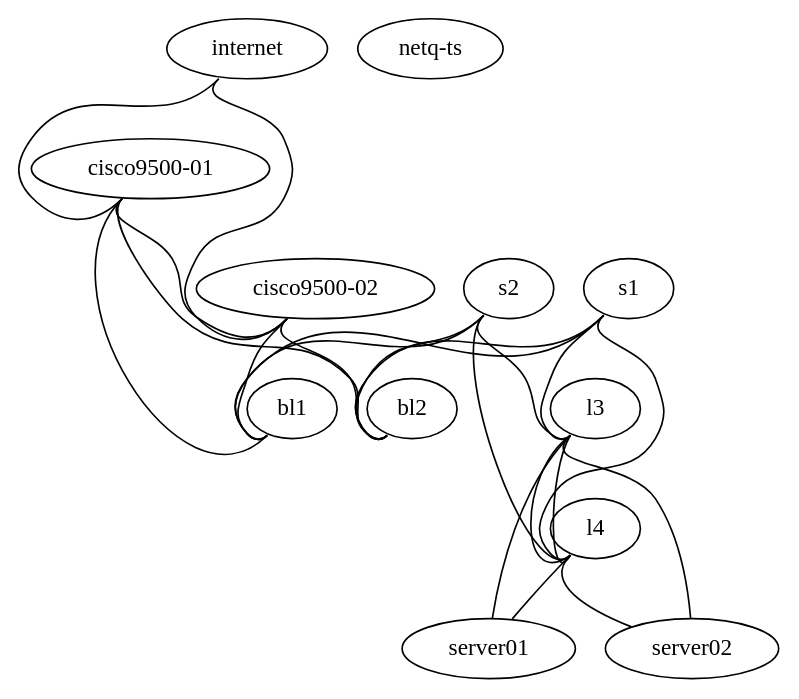
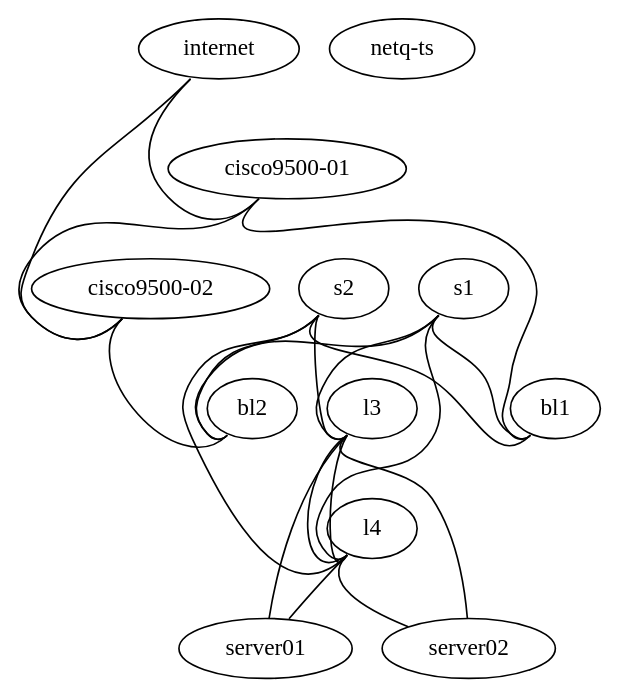
Before and after one commit to Cloudofyou/poc-old-oneok: the diagram in vx_simulation/site.dot, drawn with Graphviz. The commit also changed 4 other files, not shown here.

```diff
--- a/vx_simulation/site.dot
+++ b/vx_simulation/site.dot
@@ -1,39 +1,37 @@
 graph site {
- "internet" [function="internet" os="CumulusCommunity/cumulus-vx" version="3.7.2" memory="1024" config="./helper_scripts/extra_switch_config.sh" mgmt_ip="192.168.200.1"]
- "cisco9500-01" [function="cisco" os="CumulusCommunity/cumulus-vx" version="3.7.2" memory="1024" config="./helper_scripts/extra_switch_config.sh" mgmt_ip="192.168.200.2"]
- "cisco9500-02" [function="cisco" os="CumulusCommunity/cumulus-vx" version="3.7.2" memory="1024" config="./helper_scripts/extra_switch_config.sh" mgmt_ip="192.168.200.3"]
- "s1" [function="spine" os="CumulusCommunity/cumulus-vx" version="3.7.2" memory="1024" config="./helper_scripts/extra_switch_config.sh" mgmt_ip="192.168.200.4"]
- "s2" [function="spine" os="CumulusCommunity/cumulus-vx" version="3.7.2" memory="1024" config="./helper_scripts/extra_switch_config.sh" mgmt_ip="192.168.200.5"]
- "bl1" [function="leaf" os="CumulusCommunity/cumulus-vx" version="3.7.2" memory="1024" config="./helper_scripts/extra_switch_config.sh" mgmt_ip="192.168.200.6"]
- "bl2" [function="leaf" os="CumulusCommunity/cumulus-vx" version="3.7.2" memory="1024" config="./helper_scripts/extra_switch_config.sh" mgmt_ip="192.168.200.7"]
- "l3" [function="leaf" os="CumulusCommunity/cumulus-vx" version="3.7.2" memory="1024" config="./helper_scripts/extra_switch_config.sh" mgmt_ip="192.168.200.8"]
- "l4" [function="leaf" os="CumulusCommunity/cumulus-vx" version="3.7.2" memory="1024" config="./helper_scripts/extra_switch_config.sh" mgmt_ip="192.168.200.9"]
+ "internet" [function="internet" os="CumulusCommunity/cumulus-vx" version="3.7.4" memory="1024" config="./helper_scripts/extra_switch_config.sh" mgmt_ip="192.168.200.1"]
+ "cisco9500-01" [function="cisco" os="CumulusCommunity/cumulus-vx" version="3.7.4" memory="1024" config="./helper_scripts/extra_switch_config.sh" mgmt_ip="192.168.200.2"]
+ "cisco9500-02" [function="cisco" os="CumulusCommunity/cumulus-vx" version="3.7.4" memory="1024" config="./helper_scripts/extra_switch_config.sh" mgmt_ip="192.168.200.3"]
+ "s1" [function="spine" os="CumulusCommunity/cumulus-vx" version="3.7.4" memory="1024" config="./helper_scripts/extra_switch_config.sh" mgmt_ip="192.168.200.4"]
+ "s2" [function="spine" os="CumulusCommunity/cumulus-vx" version="3.7.4" memory="1024" config="./helper_scripts/extra_switch_config.sh" mgmt_ip="192.168.200.5"]
+ "bl1" [function="leaf" os="CumulusCommunity/cumulus-vx" version="3.7.4" memory="1024" config="./helper_scripts/extra_switch_config.sh" mgmt_ip="192.168.200.6"]
+ "bl2" [function="leaf" os="CumulusCommunity/cumulus-vx" version="3.7.4" memory="1024" config="./helper_scripts/extra_switch_config.sh" mgmt_ip="192.168.200.7"]
+ "l3" [function="leaf" os="CumulusCommunity/cumulus-vx" version="3.7.4" memory="1024" config="./helper_scripts/extra_switch_config.sh" mgmt_ip="192.168.200.8"]
+ "l4" [function="leaf" os="CumulusCommunity/cumulus-vx" version="3.7.4" memory="1024" config="./helper_scripts/extra_switch_config.sh" mgmt_ip="192.168.200.9"]
  "server01" [function="host" os="yk0/ubuntu-xenial" memory="768" config="./helper_scripts/extra_server_config.sh" mgmt_ip="192.168.200.10"]
  "server02" [function="host" os="yk0/ubuntu-xenial" memory="768" config="./helper_scripts/extra_server_config.sh" mgmt_ip="192.168.200.11"]
  "netq-ts"   [function="host" config="./helper_scripts/extra_server_config.sh" mgmt_ip="192.168.200.250" memory="2048" os="cumulus/ts"]
 
 
 
 "internet":"swp1" -- "cisco9500-01":"swp4"
 "internet":"swp2" -- "cisco9500-02":"swp4"
-"cisco9500-01":"swp1" -- "bl1":"swp51"
-"cisco9500-01":"swp2" -- "bl2":"swp47"
-"cisco9500-02":"swp1" -- "bl1":"swp52"
-"cisco9500-02":"swp2" -- "bl2":"swp48"
+"cisco9500-01":"swp1" -- "bl1":"swp25"
+"cisco9500-02":"swp1" -- "bl2":"swp55"
 "cisco9500-01":"swp3" -- "cisco9500-02":"swp3"
 
-"s1":"swp1" -- "bl1":"swp53"
-"s1":"swp2" -- "bl2":"swp50"
-"s1":"swp3" -- "l3":"swp50"
-"s1":"swp4" -- "l4":"swp50"
-"s2":"swp1" -- "bl1":"swp54"
-"s2":"swp2" -- "bl2":"swp52"
-"s2":"swp3" -- "l3":"swp52"
-"s2":"swp4" -- "l4":"swp52"
+"s1":"swp1" -- "bl1":"swp29"
+"s1":"swp2" -- "bl2":"swp53"
+"s1":"swp3" -- "l3":"swp53"
+"s1":"swp4" -- "l4":"swp53"
+"s2":"swp1" -- "bl1":"swp30"
+"s2":"swp2" -- "bl2":"swp54"
+"s2":"swp3" -- "l3":"swp54"
+"s2":"swp4" -- "l4":"swp54"
 "l3":"swp1" -- "server01":"eth1"
 "l3":"swp2" -- "server02":"eth1"
 "l4":"swp1" -- "server01":"eth2"
 "l4":"swp2" -- "server02":"eth2"
-"l3":"swp47" -- "l4":"swp47"
-"l3":"swp48" -- "l4":"swp48"
+"l3":"swp55" -- "l4":"swp55"
+"l3":"swp56" -- "l4":"swp56"
 }
```
